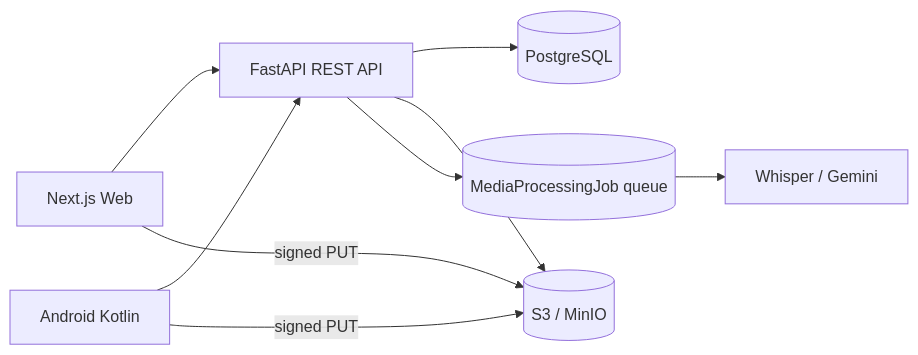
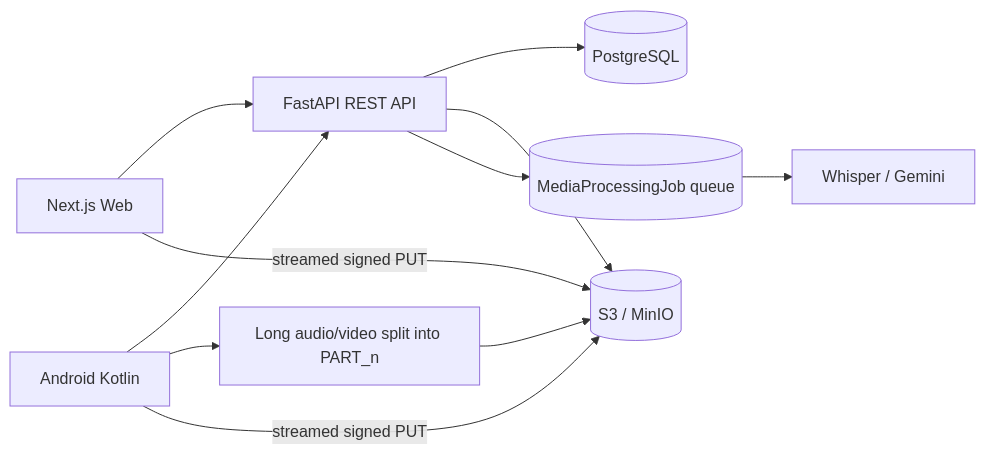
One commit to cxacraftecosystem-ui/documentation-portal changed the diagram in README.md. Above: the diagram before and after it, drawn with Mermaid. The commit also changed other lines of this file and 23 other files, not shown here.

````diff
--- a/README.md
+++ b/README.md
@@ -26,11 +26,13 @@
 ```mermaid
 flowchart LR
   web[Next.js Web] --> api[FastAPI REST API]
   android[Android Kotlin] --> api
   api --> db[(PostgreSQL)]
   api --> s3[(S3 / MinIO)]
   api --> queue[(MediaProcessingJob queue)]
   queue --> ai[Whisper / Gemini]
-  web -->|signed PUT| s3
-  android -->|signed PUT| s3
+  split[Long audio/video split into PART_n] --> s3
+  web -->|streamed signed PUT| s3
+  android --> split
+  android -->|streamed signed PUT| s3
 ```
````
